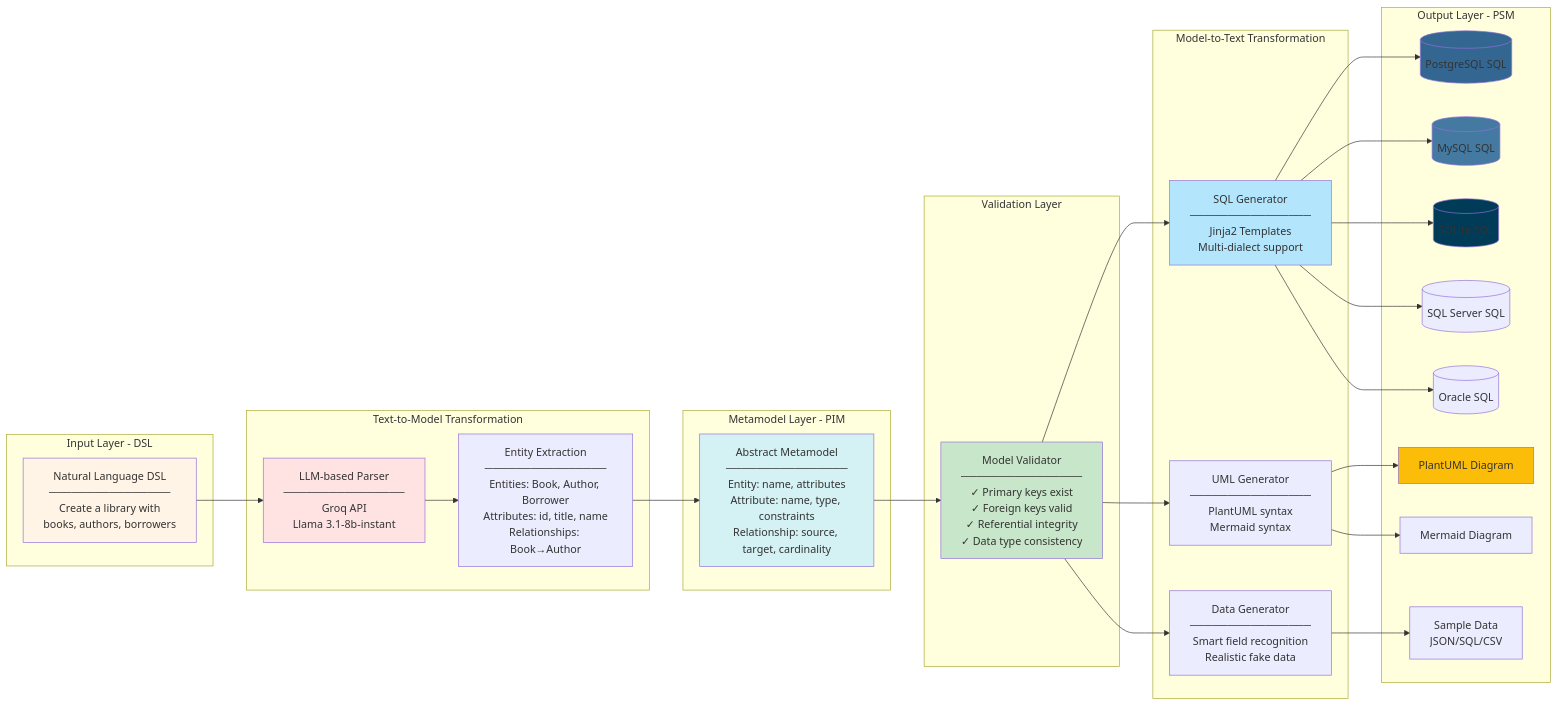
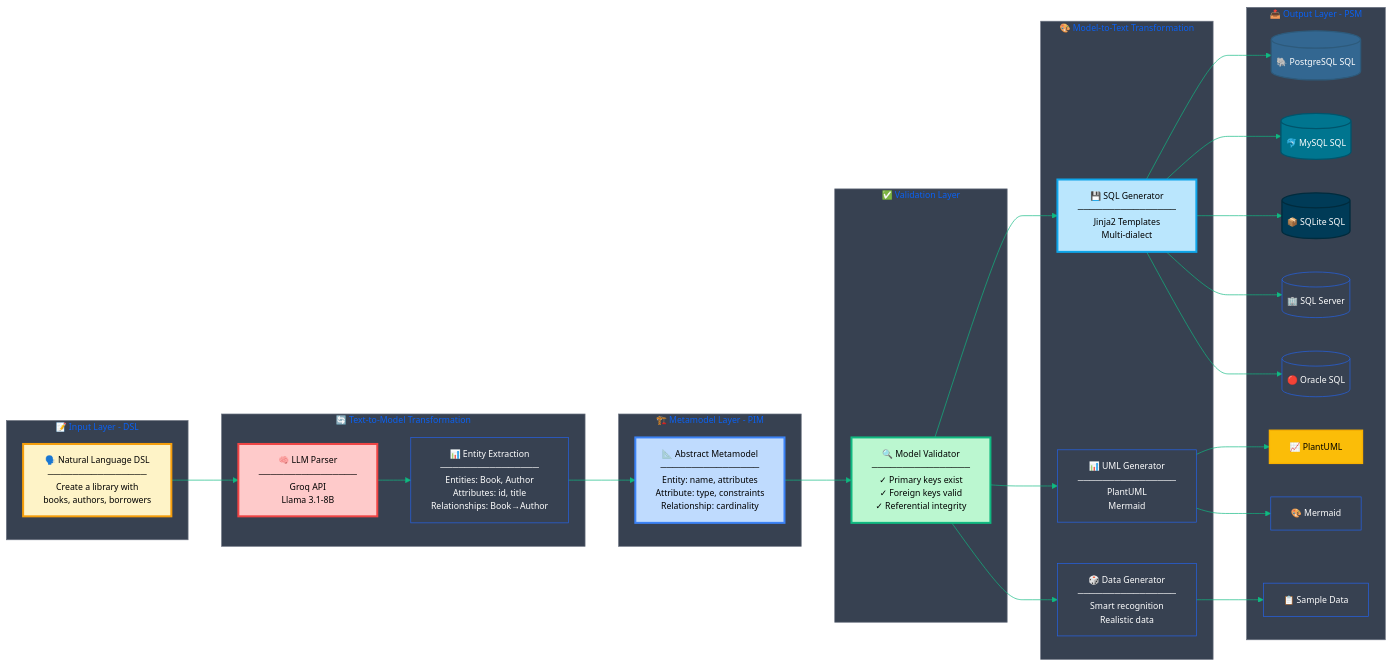
One commit to yousef-elgarch1/NL2SQL-Designer- changed the fifth of 10 diagrams in README.md. Above: the diagram before and after it, drawn with Mermaid. The commit also changed other lines of this file, not shown here.

````diff
--- a/README.md
+++ b/README.md
@@ -191,65 +439,66 @@
 ```mermaid
+%%{init: {'theme':'base', 'themeVariables': { 'primaryColor':'#3b82f6','primaryTextColor':'#fff','primaryBorderColor':'#2563eb','lineColor':'#10b981','secondaryColor':'#8b5cf6','tertiaryColor':'#f59e0b','background':'#1f2937','mainBkg':'#374151','secondBkg':'#4b5563','textColor':'#f3f4f6','fontSize':'13px','clusterBkg':'#374151','clusterBorder':'#6b7280'}}}%%
 graph LR
-    subgraph "Input Layer - DSL"
-        NL[Natural Language DSL<br/>────────────────<br/>Create a library with<br/>books, authors, borrowers]
+    subgraph "📝 Input Layer - DSL"
+        NL["🗣️ Natural Language DSL<br/>────────────────<br/>Create a library with<br/>books, authors, borrowers"]
     end
 
-    subgraph "Text-to-Model Transformation"
-        PARSE[LLM-based Parser<br/>────────────────<br/>Groq API<br/>Llama 3.1-8b-instant]
-        EXTRACT[Entity Extraction<br/>────────────────<br/>Entities: Book, Author, Borrower<br/>Attributes: id, title, name<br/>Relationships: Book→Author]
+    subgraph "🔄 Text-to-Model Transformation"
+        PARSE["🧠 LLM Parser<br/>────────────────<br/>Groq API<br/>Llama 3.1-8B"]
+        EXTRACT["📊 Entity Extraction<br/>────────────────<br/>Entities: Book, Author<br/>Attributes: id, title<br/>Relationships: Book→Author"]
     end
 
-    subgraph "Metamodel Layer - PIM"
-        META[Abstract Metamodel<br/>────────────────<br/>Entity: name, attributes<br/>Attribute: name, type, constraints<br/>Relationship: source, target, cardinality]
+    subgraph "🏗️ Metamodel Layer - PIM"
+        META["📐 Abstract Metamodel<br/>────────────────<br/>Entity: name, attributes<br/>Attribute: type, constraints<br/>Relationship: cardinality"]
     end
 
-    subgraph "Validation Layer"
-        VALIDATE[Model Validator<br/>────────────────<br/>✓ Primary keys exist<br/>✓ Foreign keys valid<br/>✓ Referential integrity<br/>✓ Data type consistency]
+    subgraph "✅ Validation Layer"
+        VALIDATE["🔍 Model Validator<br/>────────────────<br/>✓ Primary keys exist<br/>✓ Foreign keys valid<br/>✓ Referential integrity"]
     end
 
-    subgraph "Model-to-Text Transformation"
-        GEN_SQL[SQL Generator<br/>────────────────<br/>Jinja2 Templates<br/>Multi-dialect support]
-        GEN_UML[UML Generator<br/>────────────────<br/>PlantUML syntax<br/>Mermaid syntax]
-        GEN_DATA[Data Generator<br/>────────────────<br/>Smart field recognition<br/>Realistic fake data]
+    subgraph "🎨 Model-to-Text Transformation"
+        GEN_SQL["💾 SQL Generator<br/>────────────────<br/>Jinja2 Templates<br/>Multi-dialect"]
+        GEN_UML["📊 UML Generator<br/>────────────────<br/>PlantUML<br/>Mermaid"]
+        GEN_DATA["🎲 Data Generator<br/>────────────────<br/>Smart recognition<br/>Realistic data"]
     end
 
-    subgraph "Output Layer - PSM"
-        POSTGRESQL[(PostgreSQL SQL)]
-        MYSQL[(MySQL SQL)]
-        SQLITE[(SQLite SQL)]
-        SQLSERVER[(SQL Server SQL)]
-        ORACLE[(Oracle SQL)]
-        PLANTUML[PlantUML Diagram]
-        MERMAID[Mermaid Diagram]
-        SAMPLES[Sample Data<br/>JSON/SQL/CSV]
+    subgraph "📤 Output Layer - PSM"
+        POSTGRESQL[("🐘 PostgreSQL SQL")]
+        MYSQL[("🐬 MySQL SQL")]
+        SQLITE[("📦 SQLite SQL")]
+        SQLSERVER[("🏢 SQL Server")]
+        ORACLE[("🔴 Oracle SQL")]
+        PLANTUML["📈 PlantUML"]
+        MERMAID["🎨 Mermaid"]
+        SAMPLES["📋 Sample Data"]
     end
 
     NL --> PARSE
     PARSE --> EXTRACT
     EXTRACT --> META
     META --> VALIDATE
     VALIDATE --> GEN_SQL
     VALIDATE --> GEN_UML
     VALIDATE --> GEN_DATA
 
     GEN_SQL --> POSTGRESQL
     GEN_SQL --> MYSQL
     GEN_SQL --> SQLITE
     GEN_SQL --> SQLSERVER
     GEN_SQL --> ORACLE
 
     GEN_UML --> PLANTUML
     GEN_UML --> MERMAID
 
     GEN_DATA --> SAMPLES
 
-    style NL fill:#fff4e6
-    style PARSE fill:#ffe3e3
-    style META fill:#d4f1f4
-    style VALIDATE fill:#c8e6c9
-    style GEN_SQL fill:#b3e5fc
-    style POSTGRESQL fill:#336791
-    style MYSQL fill:#4479a1
-    style SQLITE fill:#003b57
-    style PLANTUML fill:#fbbd08
+    style NL fill:#fef3c7,stroke:#f59e0b,stroke-width:3px,color:#000
+    style PARSE fill:#fecaca,stroke:#ef4444,stroke-width:3px,color:#000
+    style META fill:#bfdbfe,stroke:#3b82f6,stroke-width:3px,color:#000
+    style VALIDATE fill:#bbf7d0,stroke:#10b981,stroke-width:3px,color:#000
+    style GEN_SQL fill:#bae6fd,stroke:#0ea5e9,stroke-width:3px,color:#000
+    style POSTGRESQL fill:#336791,stroke:#2d5a7b,stroke-width:2px,color:#fff
+    style MYSQL fill:#00758f,stroke:#00546b,stroke-width:2px,color:#fff
+    style SQLITE fill:#003b57,stroke:#002b3d,stroke-width:2px,color:#fff
+    style PLANTUML fill:#fbbd08,stroke:#f8b000,stroke-width:2px,color:#000
 ```
````
